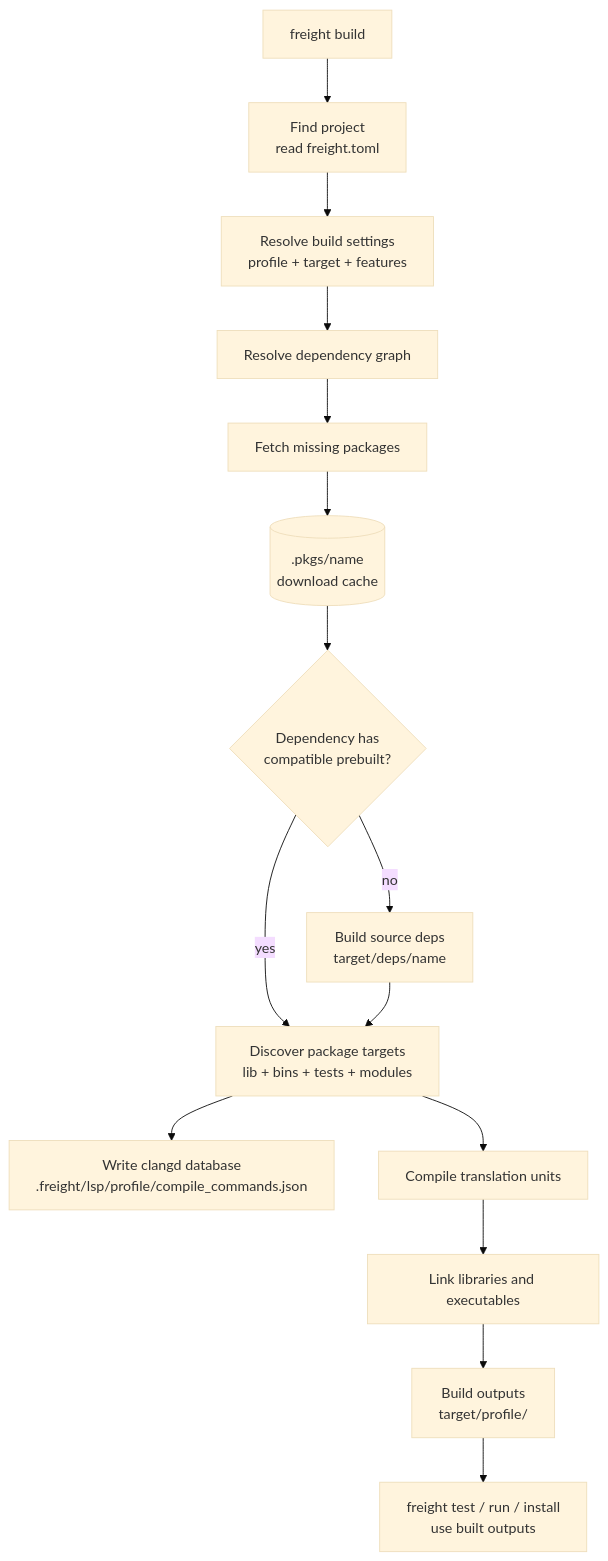
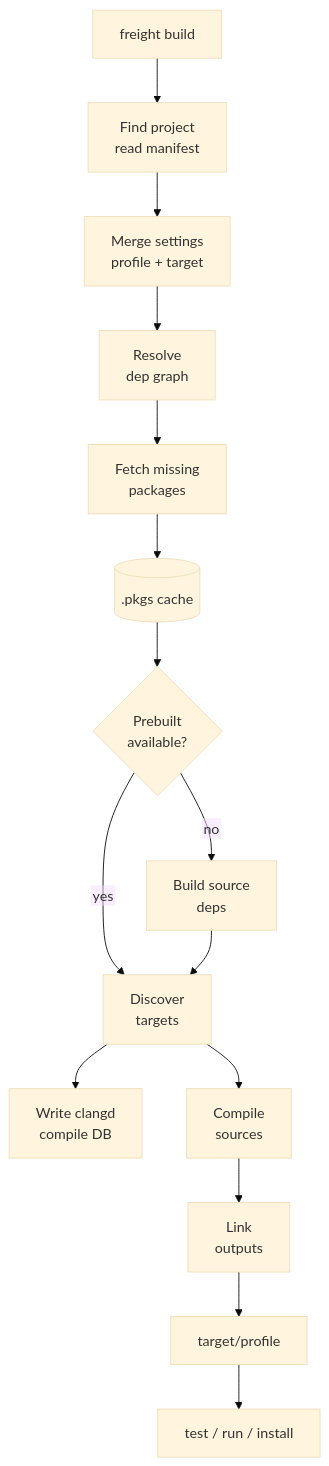
One commit to freight-app/freight-docs changed the diagram in diagrams/build-workflow.mmd. Above: the diagram before and after it, drawn with Mermaid (base theme). The commit also changed 7 other files, not shown here.

Commit message:
docs: improve diagram label readability

```diff
--- a/diagrams/build-workflow.mmd
+++ b/diagrams/build-workflow.mmd
@@ -1,22 +1,23 @@
+%%{init: {"flowchart": {"htmlLabels": false}} }%%
 flowchart TD
   start["freight build"]
-  manifest["Find project<br/>read freight.toml"]
-  config["Resolve build settings<br/>profile + target + features"]
-  depGraph["Resolve dependency graph"]
-  fetch["Fetch missing packages"]
-  depbuild{"Dependency has<br/>compatible prebuilt?"}
-  sourceDeps["Build source deps<br/>target/deps/name"]
-  compileDb["Write clangd database<br/>.freight/lsp/profile/compile_commands.json"]
-  sources["Discover package targets<br/>lib + bins + tests + modules"]
-  compile["Compile translation units"]
-  link["Link libraries and executables"]
-  outputs["Build outputs<br/>target/profile/"]
-  followup["freight test / run / install<br/>use built outputs"]
+  manifest["Find project<br/>read manifest"]
+  config["Merge settings<br/>profile + target"]
+  depGraph["Resolve<br/>dep graph"]
+  fetch["Fetch missing<br/>packages"]
+  depbuild{"Prebuilt<br/>available?"}
+  sourceDeps["Build source<br/>deps"]
+  compileDb["Write clangd<br/>compile DB"]
+  sources["Discover<br/>targets"]
+  compile["Compile<br/>sources"]
+  link["Link<br/>outputs"]
+  outputs["target/profile"]
+  followup["test / run / install"]
 
-  pkgs[(".pkgs/name<br/>download cache")]
+  pkgs[(".pkgs cache")]
 
   start --> manifest --> config --> depGraph --> fetch --> pkgs --> depbuild
   depbuild -- "yes" --> sources
   depbuild -- "no" --> sourceDeps --> sources
   sources --> compileDb
   sources --> compile --> link --> outputs --> followup
```
